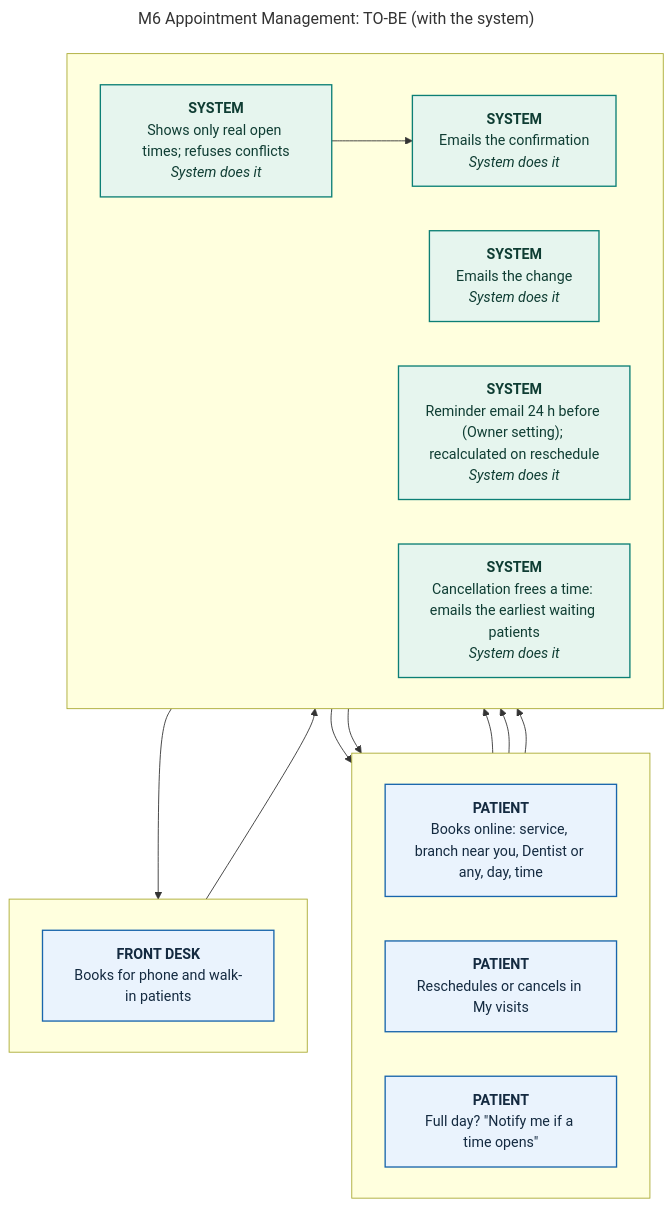
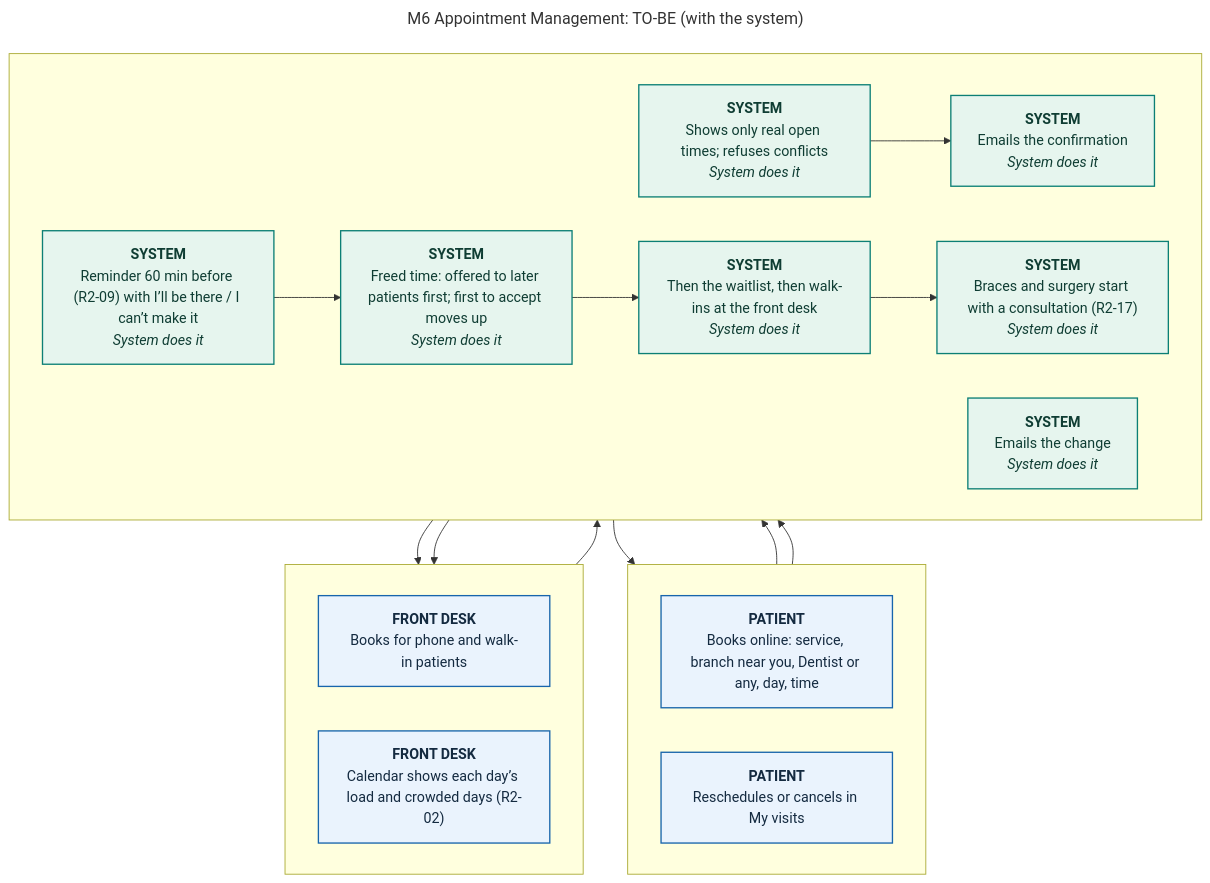
The diagram in docs/defense/diagrams/M6-appointment-management-to-be.mmd (0phem/multibranch-dental-clinic), drawn with Mermaid before and after one commit. The commit also changed 111 other files, not shown here.

```diff
--- a/docs/defense/diagrams/M6-appointment-management-to-be.mmd
+++ b/docs/defense/diagrams/M6-appointment-management-to-be.mmd
@@ -1,36 +1,40 @@
 ---
 title: "M6 Appointment Management: TO-BE (with the system)"
 ---
 flowchart TB
     subgraph L0[" "]
     direction LR
       S0["<b>PATIENT</b><br/>Books online: service, branch near you, Dentist or any, day, time"]:::manual
       S3["<b>PATIENT</b><br/>Reschedules or cancels in My visits"]:::manual
-      S7["<b>PATIENT</b><br/>Full day? #quot;Notify me if a time opens#quot;"]:::manual
     end
     subgraph L1[" "]
     direction LR
       S5["<b>FRONT DESK</b><br/>Books for phone and walk-in patients"]:::manual
+      S10["<b>FRONT DESK</b><br/>Calendar shows each day’s load and crowded days (R2-02)"]:::manual
     end
     subgraph L4[" "]
     direction LR
       S1["<b>SYSTEM</b><br/>Shows only real open times; refuses conflicts<br/><i>System does it</i>"]:::auto
       S2["<b>SYSTEM</b><br/>Emails the confirmation<br/><i>System does it</i>"]:::auto
       S4["<b>SYSTEM</b><br/>Emails the change<br/><i>System does it</i>"]:::auto
-      S6["<b>SYSTEM</b><br/>Reminder email 24 h before (Owner setting); recalculated on reschedule<br/><i>System does it</i>"]:::auto
-      S8["<b>SYSTEM</b><br/>Cancellation frees a time: emails the earliest waiting patients<br/><i>System does it</i>"]:::auto
+      S6["<b>SYSTEM</b><br/>Reminder 60 min before (R2-09) with I’ll be there / I can’t make it<br/><i>System does it</i>"]:::auto
+      S7["<b>SYSTEM</b><br/>Freed time: offered to later patients first; first to accept moves up<br/><i>System does it</i>"]:::auto
+      S8["<b>SYSTEM</b><br/>Then the waitlist, then walk-ins at the front desk<br/><i>System does it</i>"]:::auto
+      S9["<b>SYSTEM</b><br/>Braces and surgery start with a consultation (R2-17)<br/><i>System does it</i>"]:::auto
     end
     S0 --> S1
     S1 --> S2
     S2 --> S3
     S3 --> S4
     S4 --> S5
     S5 --> S6
     S6 --> S7
     S7 --> S8
+    S8 --> S9
+    S9 --> S10
     classDef cited fill:#eaf3fd,stroke:#1865ac,color:#142a40,stroke-width:1.5px
     classDef confirm fill:#fffaf0,stroke:#b26a00,color:#5e3c00,stroke-width:1.5px,stroke-dasharray:6 4
     classDef auto fill:#e6f5ee,stroke:#0c7f75,color:#0f3d33,stroke-width:1.5px
     classDef manual fill:#eaf3fd,stroke:#1865ac,color:#142a40,stroke-width:1.5px
     classDef mock fill:#f3f5f7,stroke:#5a6b7d,color:#3a4e63,stroke-width:1.5px,stroke-dasharray:3 3
     classDef planned fill:#ffffff,stroke:#5a6b7d,color:#3a4e63,stroke-width:1.5px,stroke-dasharray:6 4
```
